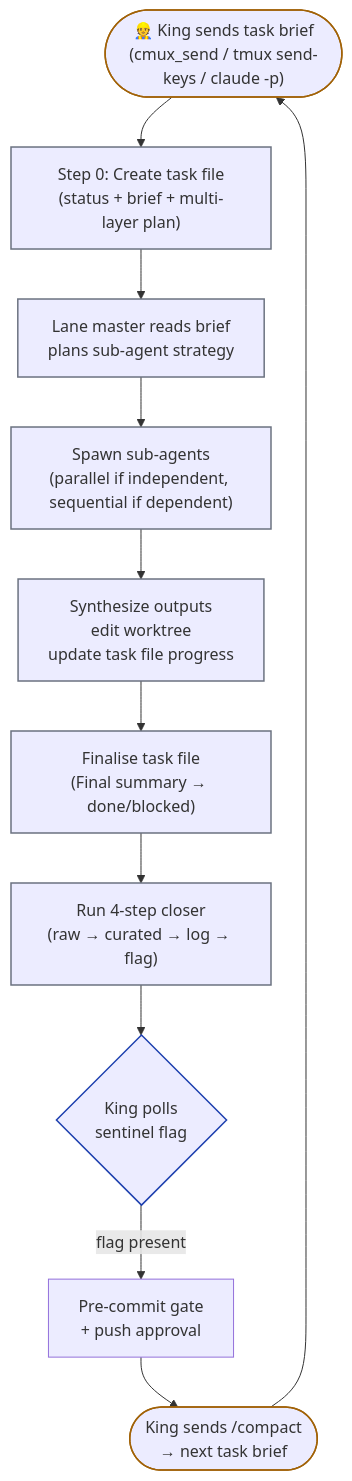
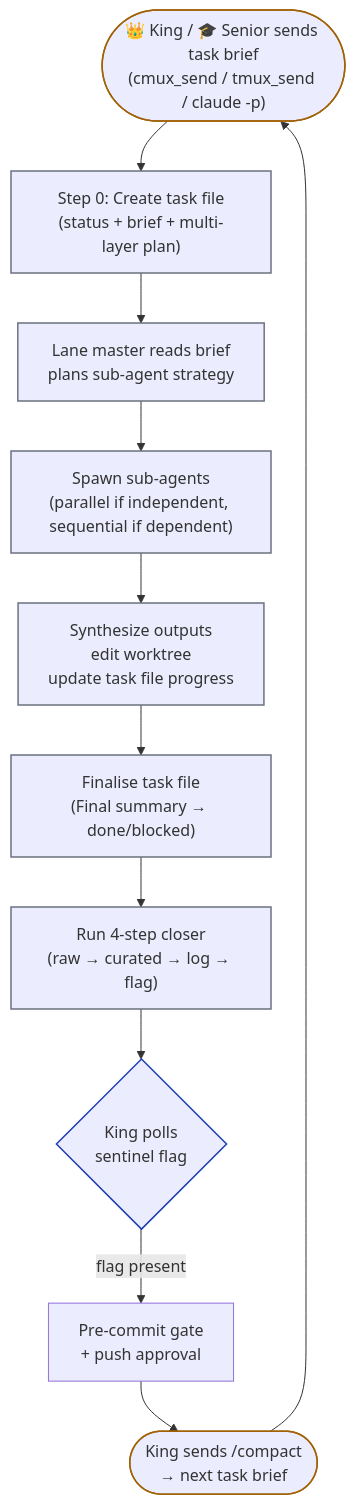
Before and after one commit to chatthong/kingdom: the first of 3 diagrams in .kingdom/.setting/roles/worker.md, drawn with Mermaid. The commit also changed other lines of this file and 77 other files, not shown here.

````diff
--- a/.kingdom/.setting/roles/worker.md
+++ b/.kingdom/.setting/roles/worker.md
@@ -386,24 +389,24 @@
 ```mermaid
 flowchart TB
-    A(["👷 King sends task brief\n(cmux_send / tmux send-keys / claude -p)"])
+    A(["👑 King / 🎓 Senior sends task brief\n(cmux_send / tmux_send / claude -p)"])
     A0["Step 0: Create task file\n(status + brief + multi-layer plan)"]
     B["Lane master reads brief\nplans sub-agent strategy"]
     C["Spawn sub-agents\n(parallel if independent, sequential if dependent)"]
     D["Synthesize outputs\nedit worktree\nupdate task file progress"]
     E0["Finalise task file\n(Final summary → done/blocked)"]
     E["Run 4-step closer\n(raw → curated → log → flag)"]
     F{"King polls\nsentinel flag"}
     G["Pre-commit gate\n+ push approval"]
     H(["King sends /compact\n→ next task brief"])
 
     A --> A0 --> B --> C --> D --> E0 --> E --> F
     F -- "flag present" --> G --> H
     H --> A
 
     classDef lane stroke:#6b7280,stroke-width:1.5px
     classDef king stroke:#a16207,stroke-width:1.5px
     classDef decision stroke:#1e40af,stroke-width:1.5px
     class A,H king
     class A0,B,C,D,E0,E lane
     class F decision
 ```
````
